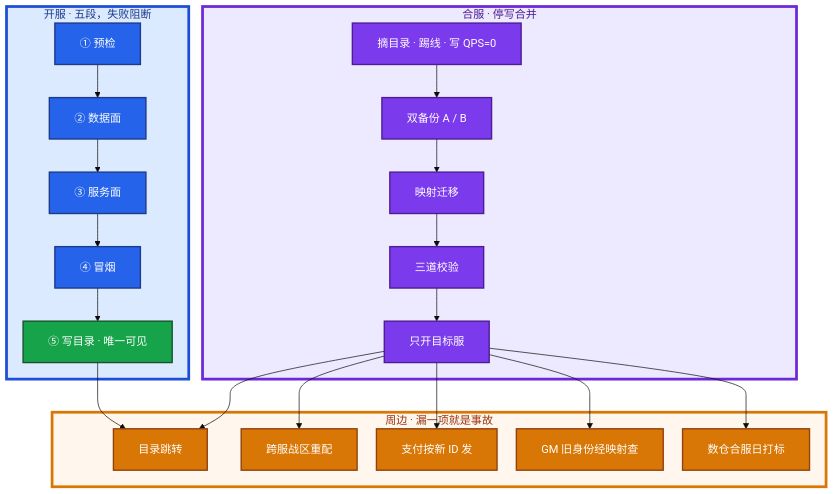
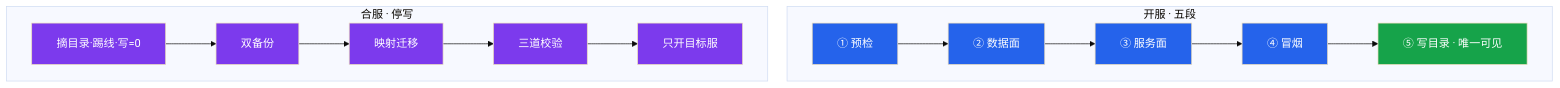
One commit to ml-cuizijun/LearnToLilith changed the second of 2 diagrams in 08-游戏运维专题/02-开服合服/知识点.md. Above: the diagram before and after it, drawn with Mermaid. The commit also changed other lines of this file and 213 other files, not shown here.

````diff
--- a/08-游戏运维专题/02-开服合服/知识点.md
+++ b/08-游戏运维专题/02-开服合服/知识点.md
@@ -81,45 +62,20 @@
 ```mermaid
 %%{init: {"flowchart": {"padding": 18, "nodeSpacing": 28, "rankSpacing": 48}, "theme": "base"}}%%
 flowchart TB
-    subgraph open ["开服 · 五段，失败阻断"]
+    subgraph open ["开服 · 五段"]
         o1[① 预检] --> o2[② 数据面]
         o2 --> o3[③ 服务面]
         o3 --> o4[④ 冒烟]
         o4 --> o5["⑤ 写目录 · 唯一可见"]
     end
-
-    subgraph merge ["合服 · 停写合并"]
-        m1[摘目录 · 踢线 · 写 QPS=0] --> m2[双备份 A / B]
+    subgraph merge ["合服 · 停写"]
+        m1[摘目录·踢线·写=0] --> m2[双备份]
         m2 --> m3[映射迁移]
         m3 --> m4[三道校验]
         m4 --> m5[只开目标服]
     end
-
-    subgraph around ["周边 · 漏一项就是事故"]
-        d[目录跳转]
-        x[跨服战区重配]
-        p[支付按新 ID 发]
-        g[GM 旧身份经映射查]
-        w[数仓合服日打标]
-    end
-
-    o5 --> d
-    m5 --> d
-    m5 --> x
-    m5 --> p
-    m5 --> g
-    m5 --> w
-
-    classDef open fill:#2563EB,stroke:#1E3A8A,stroke-width:2px,color:#fff
-    classDef vis fill:#16A34A,stroke:#14532D,stroke-width:2px,color:#fff
-    classDef mer fill:#7C3AED,stroke:#4C1D95,stroke-width:2px,color:#fff
-    classDef ar fill:#D97706,stroke:#92400E,stroke-width:2px,color:#fff
-    class o1,o2,o3,o4 open
-    class o5 vis
-    class m1,m2,m3,m4,m5 mer
-    class d,x,p,g,w ar
-
-    style open fill:#DBEAFE,stroke:#1D4ED8,stroke-width:4px,color:#1E3A8A
-    style merge fill:#EDE9FE,stroke:#6D28D9,stroke-width:4px,color:#4C1D95
-    style around fill:#FFF7ED,stroke:#D97706,stroke-width:4px,color:#9A3412
+    classDef open fill:#2563EB,color:#fff
+    classDef vis fill:#16A34A,color:#fff
+    classDef mer fill:#7C3AED,color:#fff
+    class o1,o2,o3,o4 open; class o5 vis; class m1,m2,m3,m4,m5 mer
 ```
````
